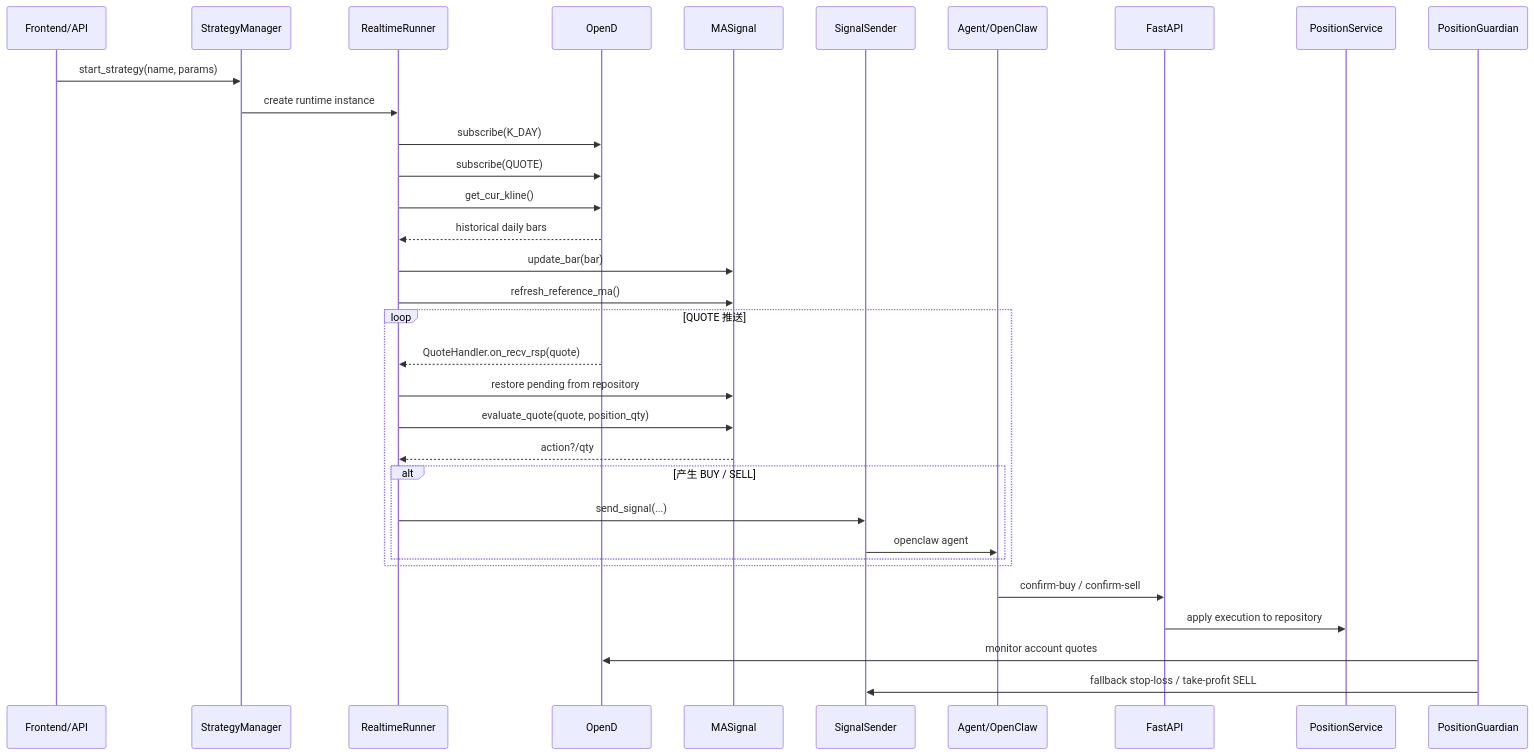
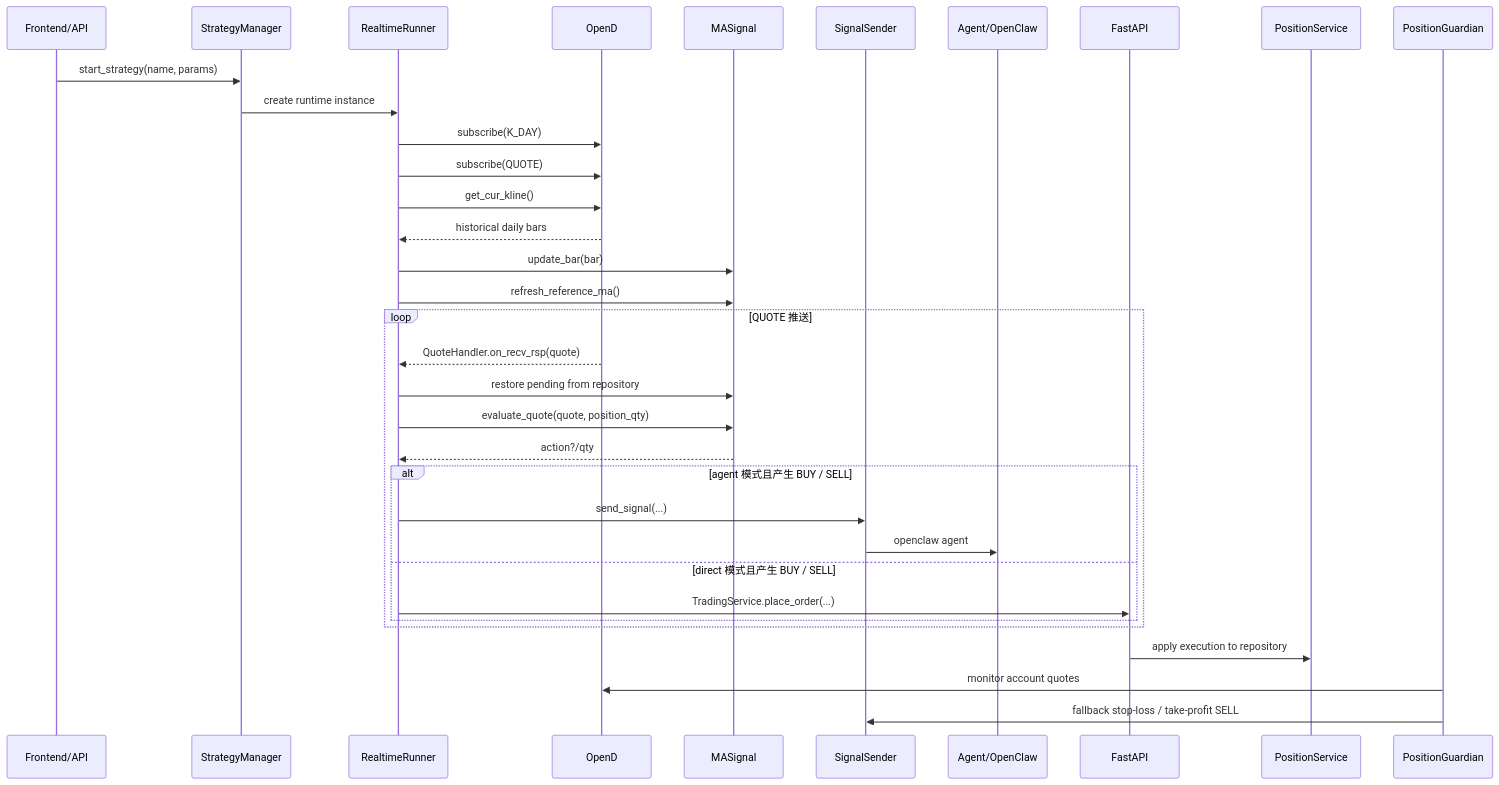
The third of 4 diagrams in docs/STRATEGY_ARCHITECTURE.md (JasperLai/quant-trading-system), drawn with Mermaid before and after one commit. The commit also changed other lines of this file and 7 other files, not shown here.

````diff
--- a/docs/STRATEGY_ARCHITECTURE.md
+++ b/docs/STRATEGY_ARCHITECTURE.md
@@ -297,38 +329,39 @@
 ```mermaid
 sequenceDiagram
     participant UI as Frontend/API
     participant SM as StrategyManager
     participant RT as RealtimeRunner
     participant OD as OpenD
     participant SG as MASignal
     participant SS as SignalSender
     participant AG as Agent/OpenClaw
     participant API as FastAPI
     participant PS as PositionService
     participant PG as PositionGuardian
 
     UI->>SM: start_strategy(name, params)
     SM->>RT: create runtime instance
     RT->>OD: subscribe(K_DAY)
     RT->>OD: subscribe(QUOTE)
     RT->>OD: get_cur_kline()
     OD-->>RT: historical daily bars
     RT->>SG: update_bar(bar)
     RT->>SG: refresh_reference_ma()
 
     loop QUOTE 推送
         OD-->>RT: QuoteHandler.on_recv_rsp(quote)
         RT->>SG: restore pending from repository
         RT->>SG: evaluate_quote(quote, position_qty)
         SG-->>RT: action?/qty
-        alt 产生 BUY / SELL
+        alt agent 模式且产生 BUY / SELL
             RT->>SS: send_signal(...)
             SS->>AG: openclaw agent
+        else direct 模式且产生 BUY / SELL
+            RT->>API: TradingService.place_order(...)
         end
     end
 
-    AG->>API: confirm-buy / confirm-sell
     API->>PS: apply execution to repository
     PG->>OD: monitor account quotes
     PG->>SS: fallback stop-loss / take-profit SELL
 ```
````
